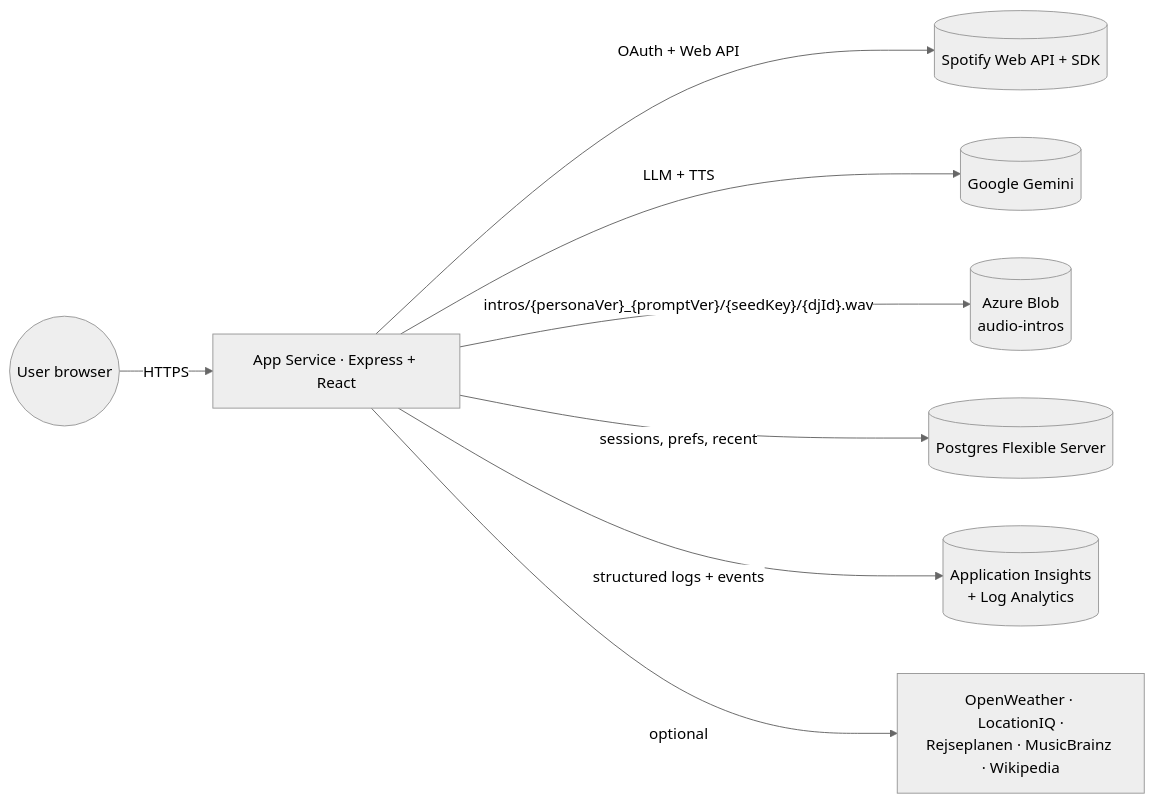
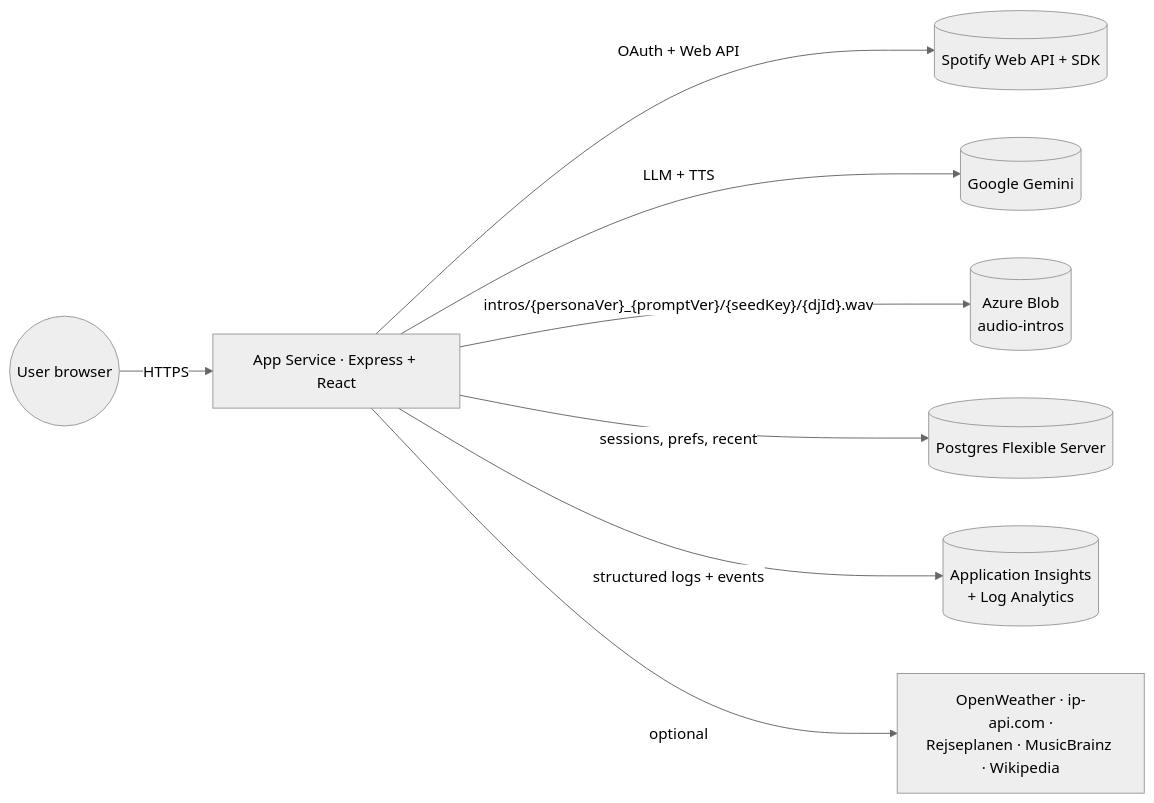
Before and after one commit to hoovercj/SpotifAI: the diagram in docs/architecture.md, drawn with Mermaid (neutral theme). The commit also changed 50 other files, not shown here.

````diff
--- a/docs/architecture.md
+++ b/docs/architecture.md
@@ -7,10 +7,10 @@
 ```mermaid
 flowchart LR
     User((User browser)) -->|HTTPS| App[App Service · Express + React]
     App -->|OAuth + Web API| Spotify[(Spotify Web API + SDK)]
     App -->|LLM + TTS| Gemini[(Google Gemini)]
     App -->|"intros/{personaVer}_{promptVer}/{seedKey}/{djId}.wav"| Blob[(Azure Blob<br/>audio-intros)]
     App -->|sessions, prefs, recent| Postgres[(Postgres Flexible Server)]
     App -->|structured logs + events| AppInsights[(Application Insights<br/>+ Log Analytics)]
-    App -->|optional| External[OpenWeather · LocationIQ ·<br/>Rejseplanen · MusicBrainz · Wikipedia]
+    App -->|optional| External[OpenWeather · ip-api.com ·<br/>Rejseplanen · MusicBrainz · Wikipedia]
 ```
````
